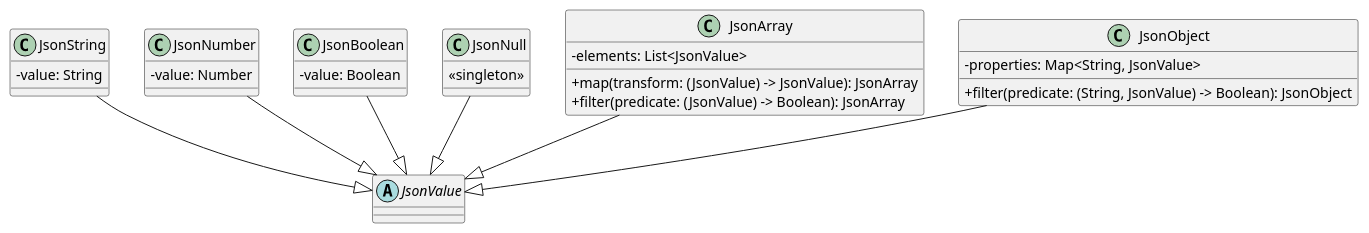
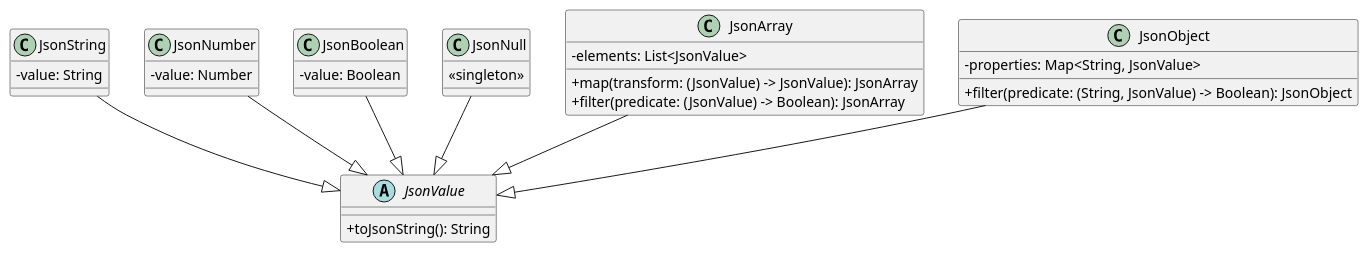
The diagram in json_model.puml (adelaide-iscte/kotlin-json-lib), drawn with PlantUML before and after one commit.

Commit message:
Atualizar diagrama UML com método toJsonString e correções nos atributos

```diff
--- a/json_model.puml
+++ b/json_model.puml
@@ -1,41 +1,43 @@
 @startuml
 skinparam classAttributeIconSize 0
 
 ' Classe base
-abstract class JsonValue
+abstract class JsonValue {
+  + toJsonString(): String
+}
 
 ' Tipos simples
 class JsonString {
   - value: String
 }
 class JsonNumber {
   - value: Number
 }
 class JsonBoolean {
   - value: Boolean
 }
 class JsonNull {
   <<singleton>>
 }
 
 ' Tipos compostos
 class JsonArray {
   - elements: List<JsonValue>
   + map(transform: (JsonValue) -> JsonValue): JsonArray
   + filter(predicate: (JsonValue) -> Boolean): JsonArray
 }
 
 class JsonObject {
   - properties: Map<String, JsonValue>
   + filter(predicate: (String, JsonValue) -> Boolean): JsonObject
 }
 
 ' Ligações de herança
 JsonString --|> JsonValue
 JsonNumber --|> JsonValue
 JsonBoolean --|> JsonValue
 JsonNull --|> JsonValue
 JsonArray --|> JsonValue
 JsonObject --|> JsonValue
 
 @enduml
```
